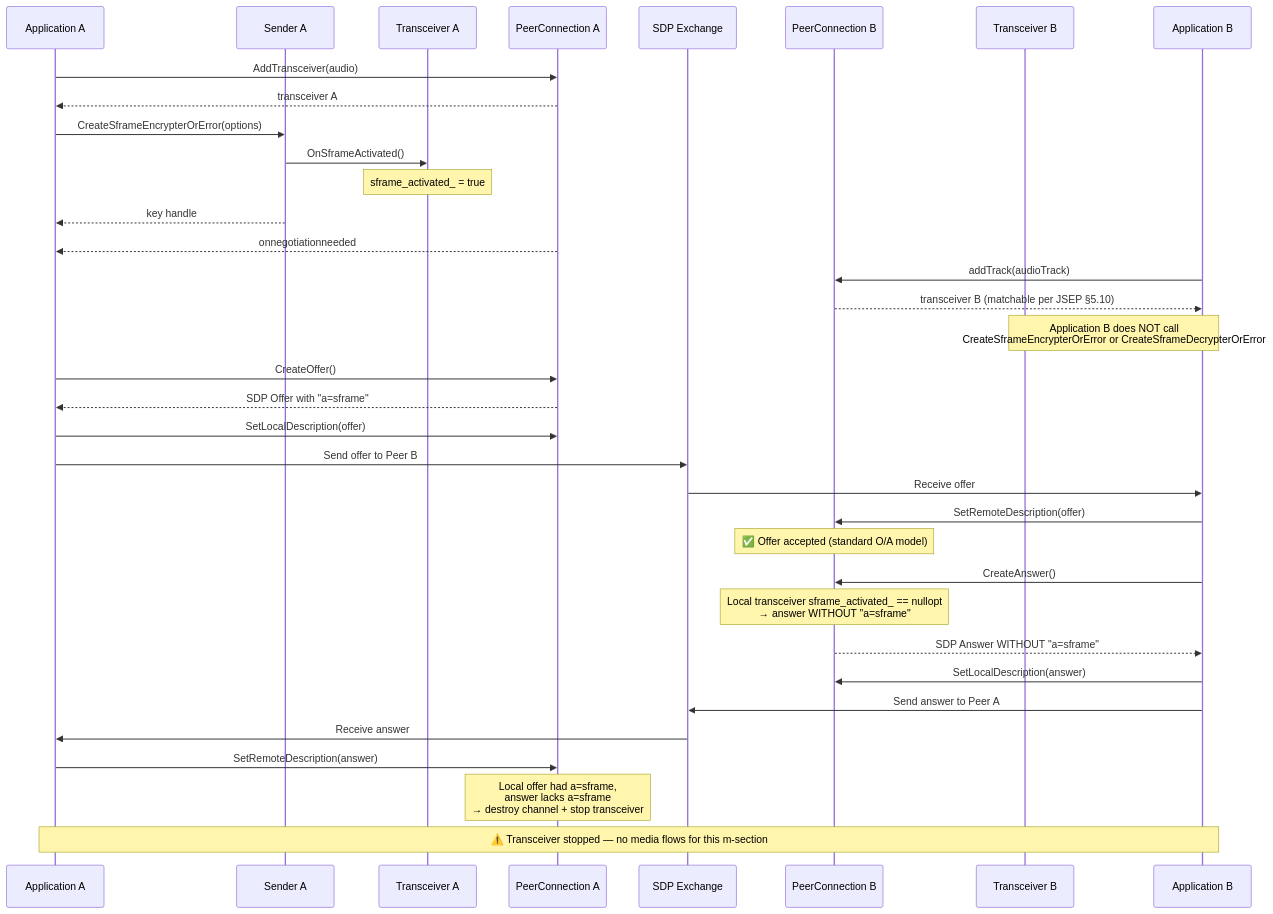
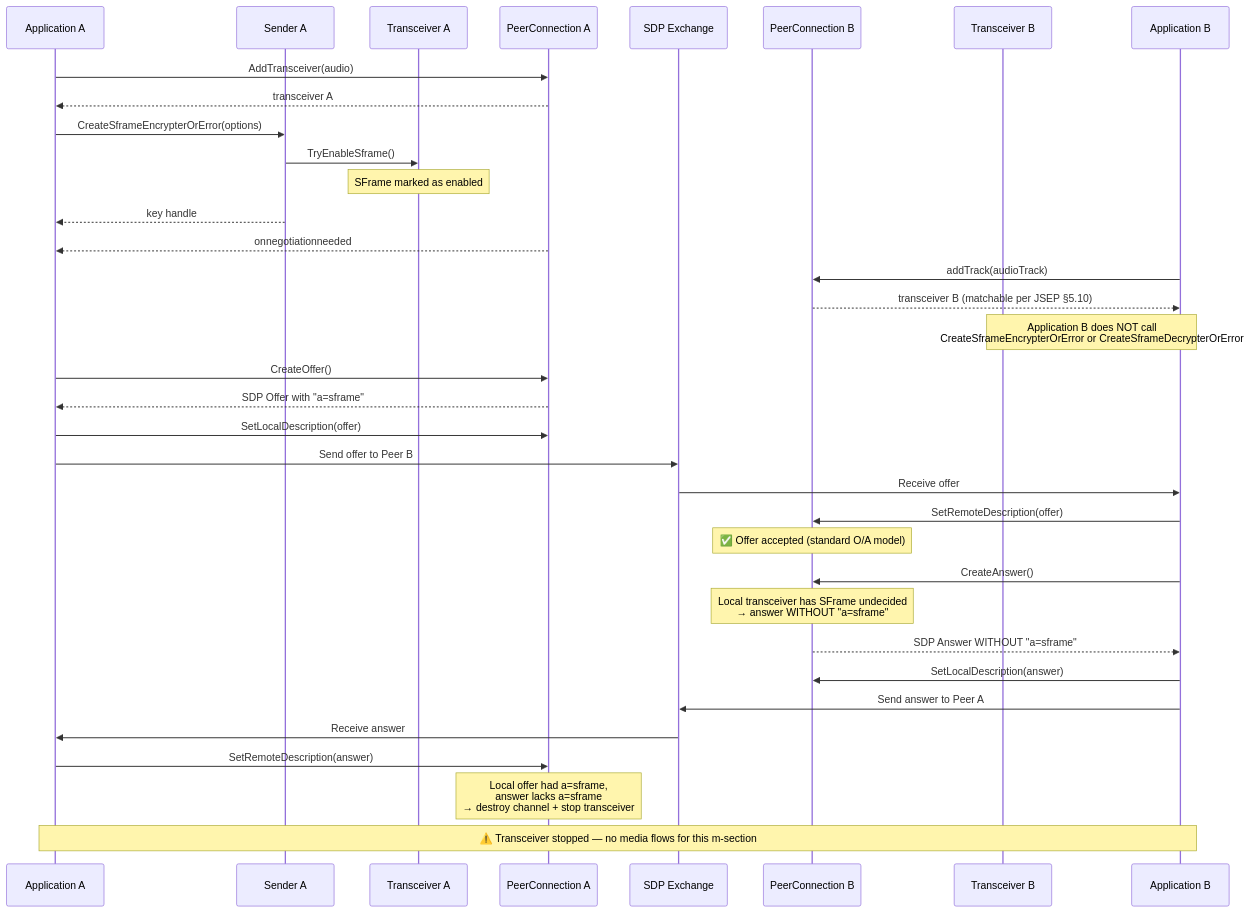
The second of 6 diagrams in negotiation.md (webex/webrtc-sframe), drawn with Mermaid before and after one commit. The commit also changed other lines of this file and 1 other file, not shown here.

````diff
--- a/negotiation.md
+++ b/negotiation.md
@@ -151,47 +151,47 @@
 ```mermaid
 sequenceDiagram
     participant AppA as Application A
     participant SA as Sender A
     participant TA as Transceiver A
     participant PCA as PeerConnection A
     participant SDP as SDP Exchange
     participant PCB as PeerConnection B
     participant TB as Transceiver B
     participant AppB as Application B
 
     AppA->>PCA: AddTransceiver(audio)
     PCA-->>AppA: transceiver A
 
     AppA->>SA: CreateSframeEncrypterOrError(options)
-    SA->>TA: OnSframeActivated()
-    Note over TA: sframe_activated_ = true
+    SA->>TA: TryEnableSframe()
+    Note over TA: SFrame marked as enabled
     SA-->>AppA: key handle
     PCA-->>AppA: onnegotiationneeded
 
     AppB->>PCB: addTrack(audioTrack)
     PCB-->>AppB: transceiver B (matchable per JSEP §5.10)
     Note over AppB,TB: Application B does NOT call<br/>CreateSframeEncrypterOrError or CreateSframeDecrypterOrError
 
     AppA->>PCA: CreateOffer()
     PCA-->>AppA: SDP Offer with "a=sframe"
 
     AppA->>PCA: SetLocalDescription(offer)
     AppA->>SDP: Send offer to Peer B
 
     SDP->>AppB: Receive offer
     AppB->>PCB: SetRemoteDescription(offer)
     Note over PCB: ✅ Offer accepted (standard O/A model)
 
     AppB->>PCB: CreateAnswer()
-    Note over PCB: Local transceiver sframe_activated_ == nullopt<br/>→ answer WITHOUT "a=sframe"
+    Note over PCB: Local transceiver has SFrame undecided<br/>→ answer WITHOUT "a=sframe"
     PCB-->>AppB: SDP Answer WITHOUT "a=sframe"
 
     AppB->>PCB: SetLocalDescription(answer)
     AppB->>SDP: Send answer to Peer A
 
     SDP->>AppA: Receive answer
     AppA->>PCA: SetRemoteDescription(answer)
     Note over PCA: Local offer had a=sframe,<br/>answer lacks a=sframe<br/>→ destroy channel + stop transceiver
 
     Note over AppA,AppB: ⚠️ Transceiver stopped — no media flows for this m-section
 ```
````
